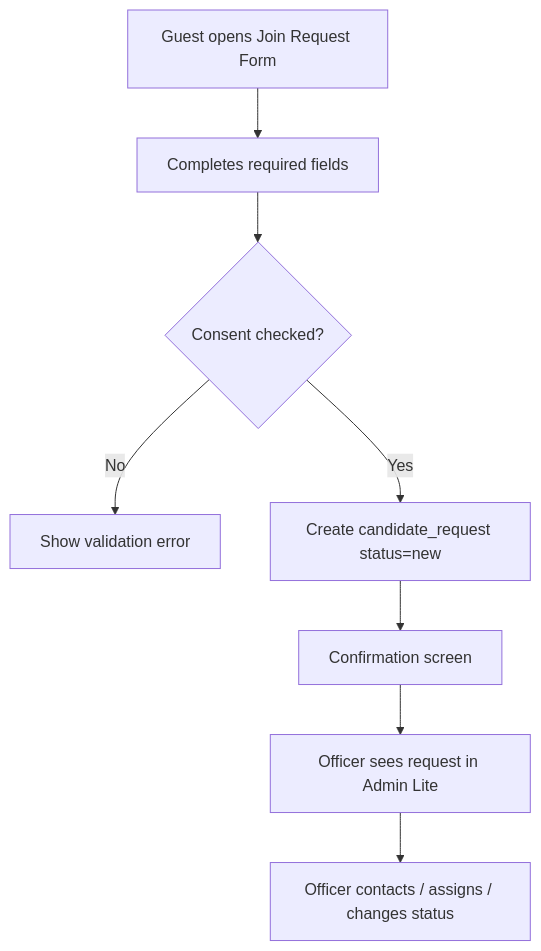
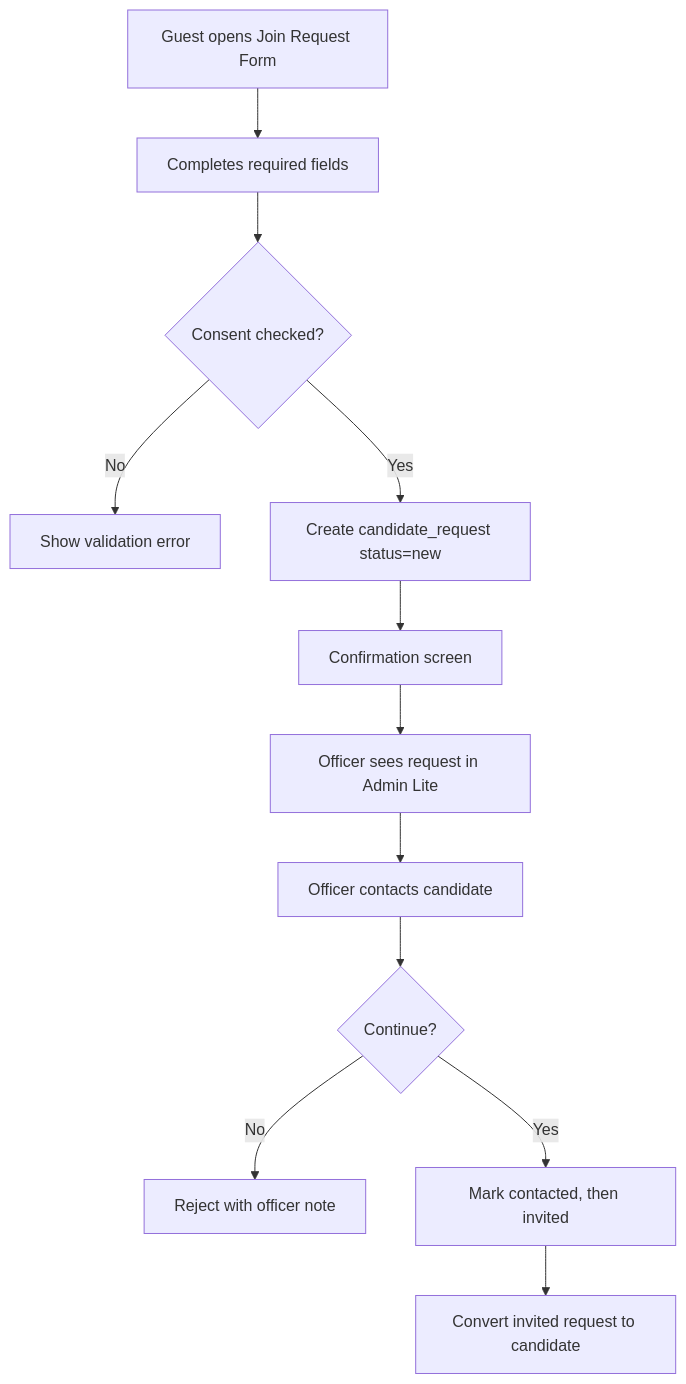
One commit to PutintsevSergii/jp2-knights-app changed the diagram in docs/flows/join-request-flow.md. Above: the diagram before and after it, drawn with Mermaid. The commit also changed other lines of this file and 35 other files, not shown here.

````diff
--- a/docs/flows/join-request-flow.md
+++ b/docs/flows/join-request-flow.md
@@ -8,10 +8,14 @@
 ```mermaid
 flowchart TD
   A["Guest opens Join Request Form"] --> B["Completes required fields"]
   B --> C{"Consent checked?"}
   C -->|No| D["Show validation error"]
   C -->|Yes| E["Create candidate_request status=new"]
   E --> F["Confirmation screen"]
   F --> G["Officer sees request in Admin Lite"]
-  G --> H["Officer contacts / assigns / changes status"]
+  G --> H["Officer contacts candidate"]
+  H --> I{"Continue?"}
+  I -->|No| J["Reject with officer note"]
+  I -->|Yes| K["Mark contacted, then invited"]
+  K --> L["Convert invited request to candidate"]
 ```
````
